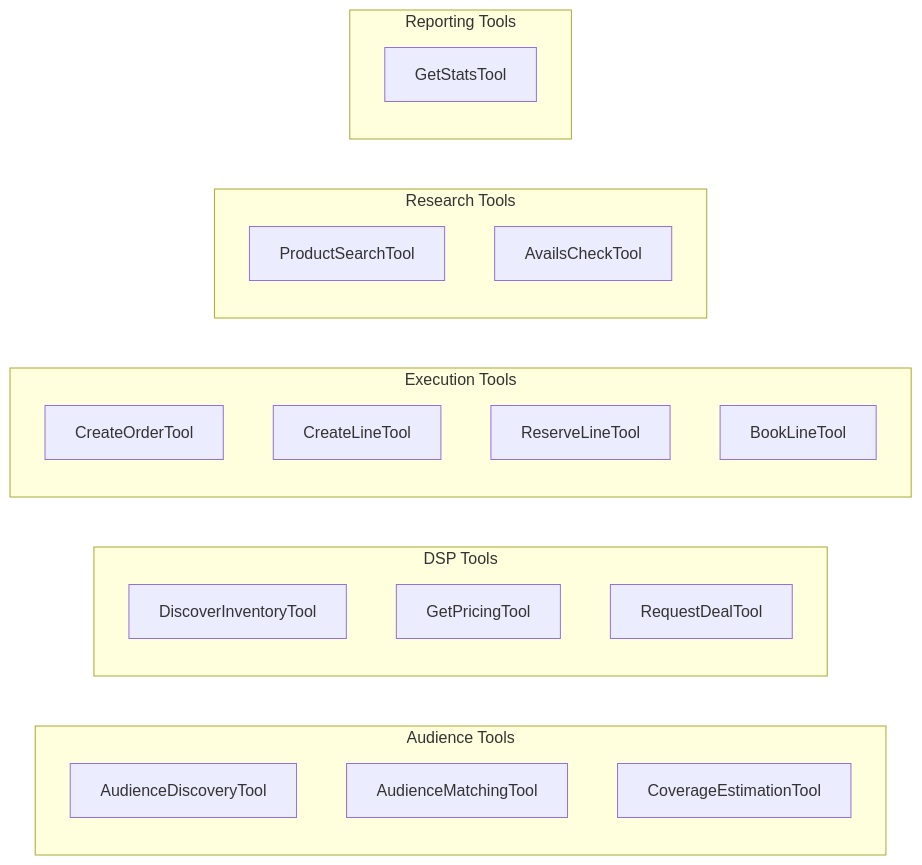
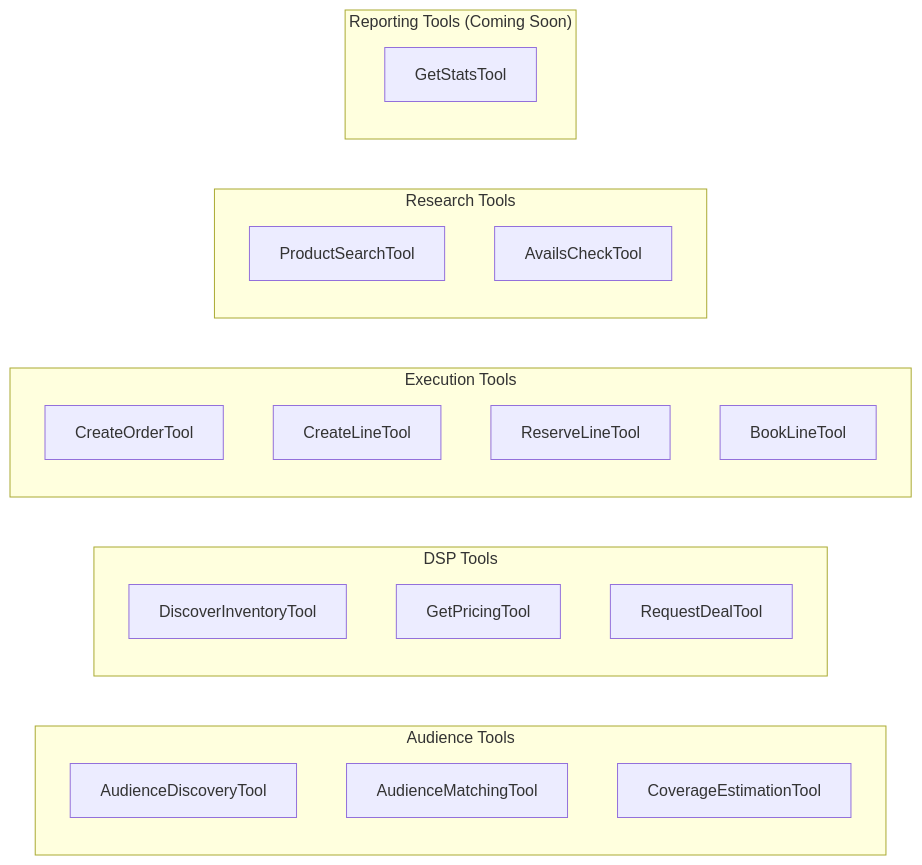
The diagram in docs/architecture/tools.md (arkevo/buyer-agent), drawn with Mermaid before and after one commit. The commit also changed other lines of this file and 2 other files, not shown here.

First line of the commit message:
Add Coming Soon admonitions for Reporting Agent references

````diff
--- a/docs/architecture/tools.md
+++ b/docs/architecture/tools.md
@@ -7,30 +7,30 @@
 ```mermaid
 graph LR
     subgraph Audience["Audience Tools"]
         AD[AudienceDiscoveryTool]
         AM[AudienceMatchingTool]
         CE[CoverageEstimationTool]
     end
 
     subgraph DSP["DSP Tools"]
         DI[DiscoverInventoryTool]
         GP[GetPricingTool]
         RD[RequestDealTool]
     end
 
     subgraph Execution["Execution Tools"]
         CO[CreateOrderTool]
         CL[CreateLineTool]
         RL[ReserveLineTool]
         BL[BookLineTool]
     end
 
     subgraph Research["Research Tools"]
         PS[ProductSearchTool]
         AC[AvailsCheckTool]
     end
 
-    subgraph Reporting["Reporting Tools"]
+    subgraph Reporting["Reporting Tools (Coming Soon)"]
         GS[GetStatsTool]
     end
 ```
````
